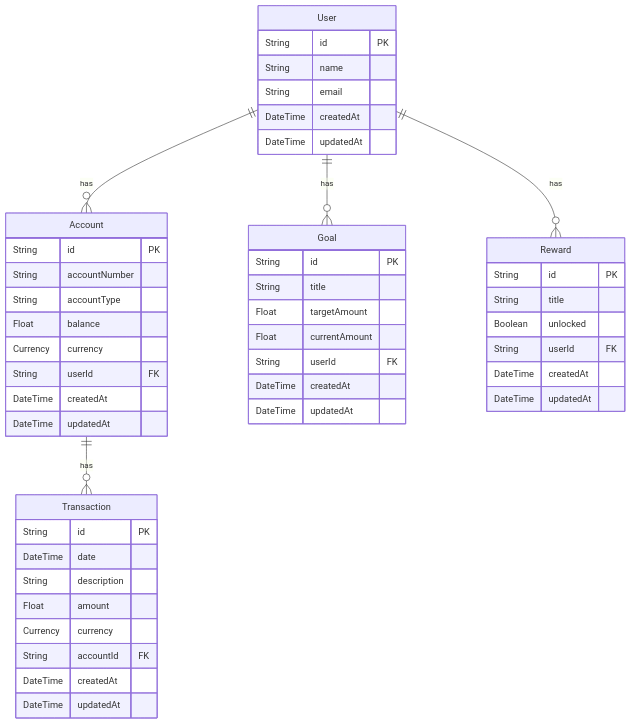
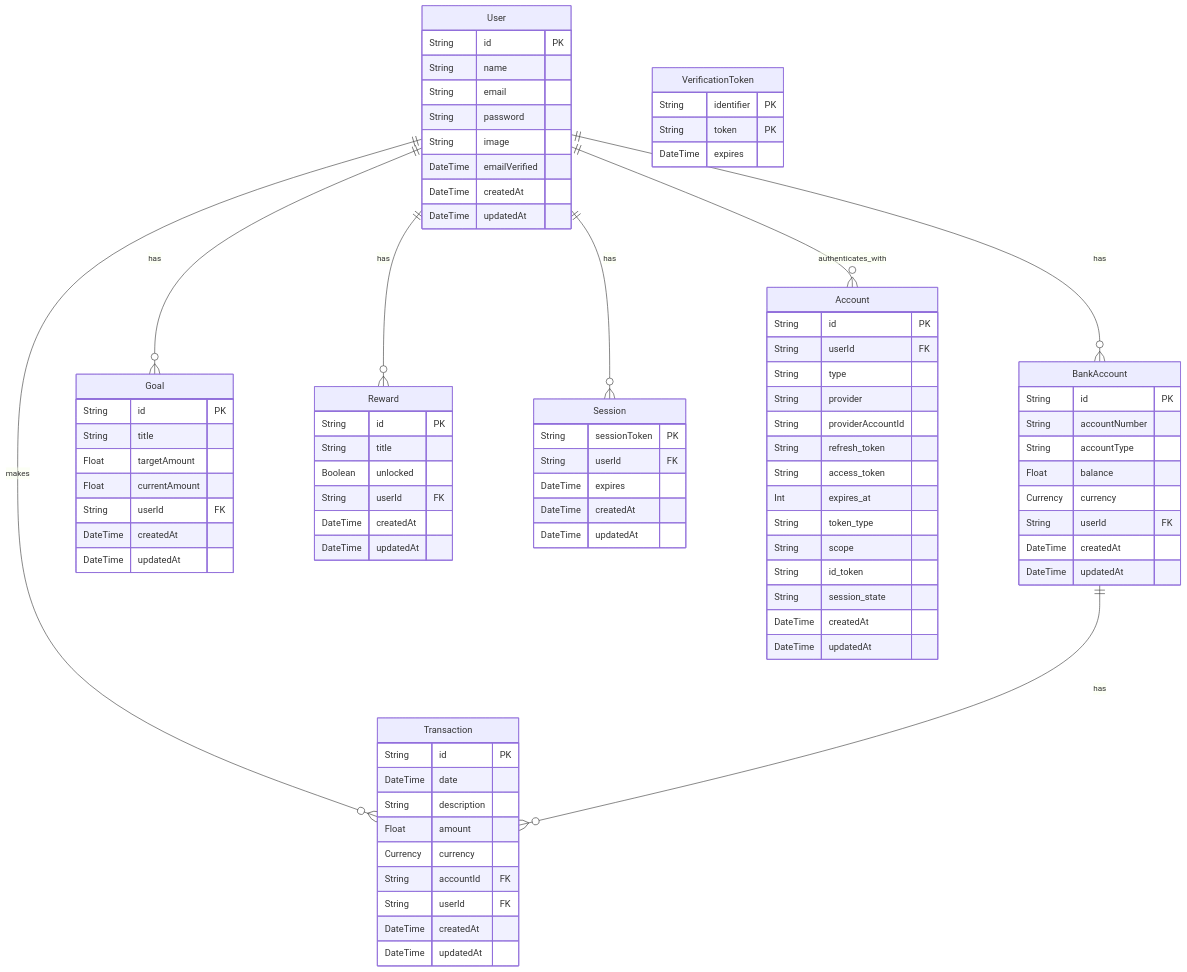
The diagram in docs/ER.md (Nikothaboss/smart-saver), drawn with Mermaid before and after one commit. The commit also changed other lines of this file and 18 other files, not shown here.

````diff
--- a/docs/ER.md
+++ b/docs/ER.md
@@ -18,19 +18,26 @@
 ```mermaid
 erDiagram
-    User ||--o{ Account : has
+    User ||--o{ BankAccount : has
     User ||--o{ Goal : has
     User ||--o{ Reward : has
-    Account ||--o{ Transaction : has
+    User ||--o{ Transaction : makes
+    User ||--o{ Session : has
+    User ||--o{ Account : authenticates_with
+
+    BankAccount ||--o{ Transaction : has
 
     User {
         String id PK
         String name
         String email
+        String password
+        String image
+        DateTime emailVerified
         DateTime createdAt
         DateTime updatedAt
     }
 
-    Account {
+    BankAccount {
         String id PK
         String accountNumber
         String accountType
@@ -48,6 +55,7 @@
         Float amount
         Currency currency
         String accountId FK
+        String userId FK
         DateTime createdAt
         DateTime updatedAt
     }
@@ -70,4 +78,35 @@
         DateTime createdAt
         DateTime updatedAt
     }
+
+    Account {
+        String id PK
+        String userId FK
+        String type
+        String provider
+        String providerAccountId
+        String refresh_token
+        String access_token
+        Int expires_at
+        String token_type
+        String scope
+        String id_token
+        String session_state
+        DateTime createdAt
+        DateTime updatedAt
+    }
+
+    Session {
+        String sessionToken PK
+        String userId FK
+        DateTime expires
+        DateTime createdAt
+        DateTime updatedAt
+    }
+
+    VerificationToken {
+        String identifier PK
+        String token PK
+        DateTime expires
+    }
 ```
````
